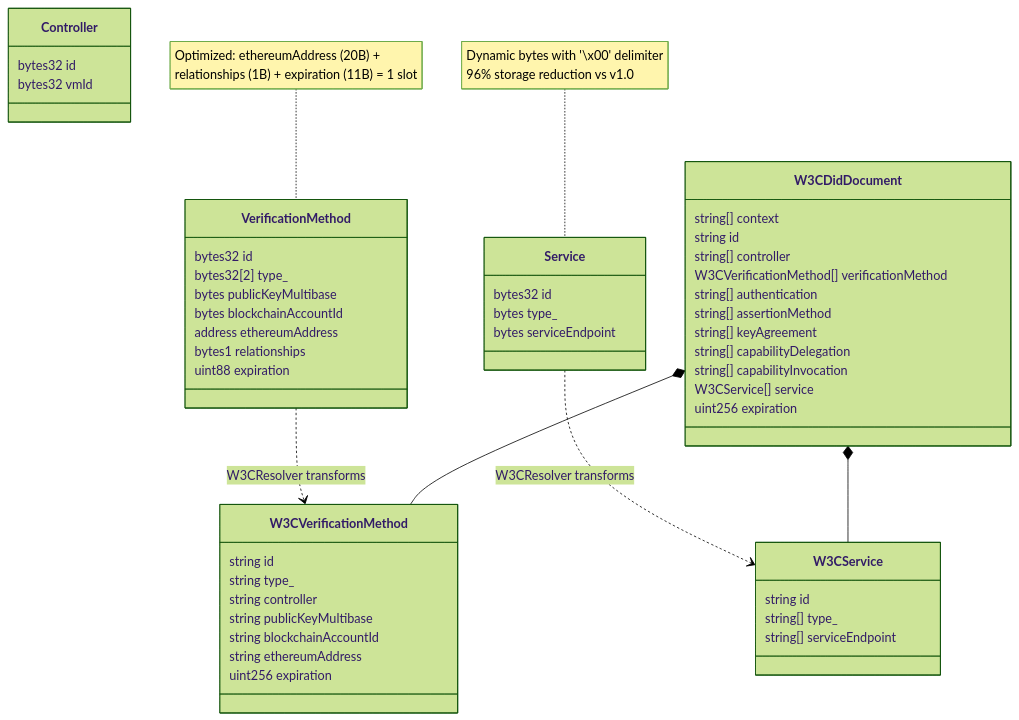
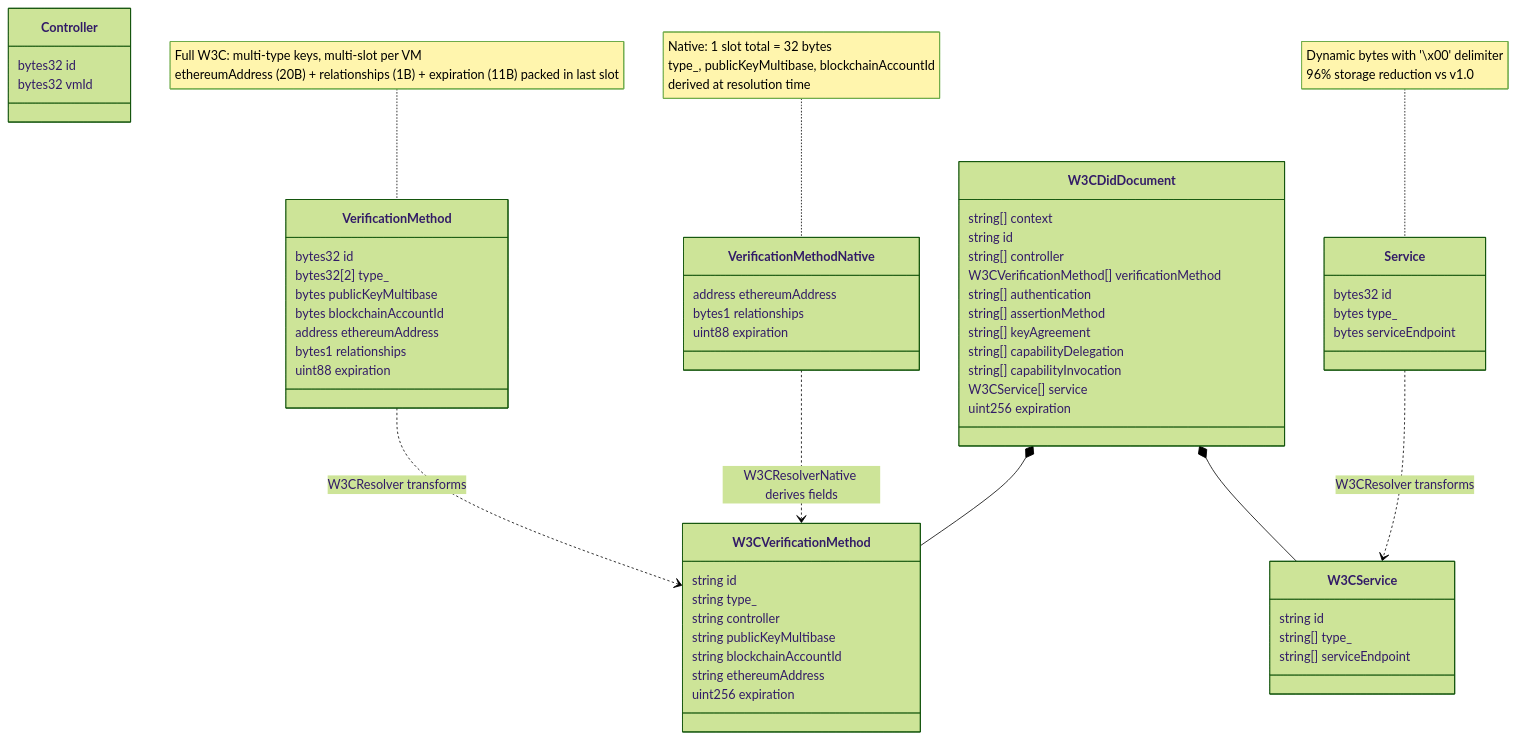
One commit to MiguelLZPF/SSIoBC-did changed the sixth of 10 diagrams in PROJECT.md. Above: the diagram before and after it, drawn with Mermaid (forest theme). The commit also changed other lines of this file and 19 other files, not shown here.

````diff
--- a/PROJECT.md
+++ b/PROJECT.md
@@ -356,64 +471,75 @@
 ```mermaid
 classDiagram
     class VerificationMethod {
         bytes32 id
         bytes32[2] type_
         bytes publicKeyMultibase
         bytes blockchainAccountId
         address ethereumAddress
         bytes1 relationships
         uint88 expiration
     }
 
     class Service {
         bytes32 id
         bytes type_
         bytes serviceEndpoint
     }
 
     class Controller {
         bytes32 id
         bytes32 vmId
     }
 
     class W3CDidDocument {
         string[] context
         string id
         string[] controller
         W3CVerificationMethod[] verificationMethod
         string[] authentication
         string[] assertionMethod
         string[] keyAgreement
         string[] capabilityDelegation
         string[] capabilityInvocation
         W3CService[] service
         uint256 expiration
     }
 
     class W3CVerificationMethod {
         string id
         string type_
         string controller
         string publicKeyMultibase
         string blockchainAccountId
         string ethereumAddress
         uint256 expiration
     }
 
     class W3CService {
         string id
         string[] type_
         string[] serviceEndpoint
     }
 
+    class VerificationMethodNative {
+        address ethereumAddress
+        bytes1 relationships
+        uint88 expiration
+    }
+
     VerificationMethod ..> W3CVerificationMethod : W3CResolver transforms
+    VerificationMethodNative ..> W3CVerificationMethod : W3CResolverNative derives fields
     Service ..> W3CService : W3CResolver transforms
     W3CDidDocument *-- W3CVerificationMethod
     W3CDidDocument *-- W3CService
 
-    note for VerificationMethod "Optimized: ethereumAddress (20B) +
-    relationships (1B) + expiration (11B) = 1 slot"
+    note for VerificationMethod "Full W3C: multi-type keys, multi-slot per VM
+    ethereumAddress (20B) + relationships (1B) + expiration (11B) packed in last slot"
+
+    note for VerificationMethodNative "Native: 1 slot total = 32 bytes
+    type_, publicKeyMultibase, blockchainAccountId
+    derived at resolution time"
 
     note for Service "Dynamic bytes with '\\x00' delimiter
     96% storage reduction vs v1.0"
 ```
````
